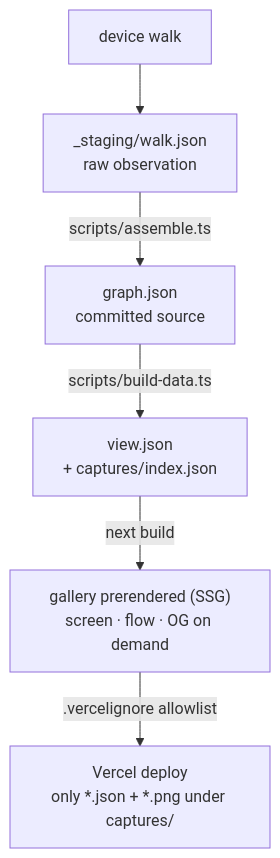
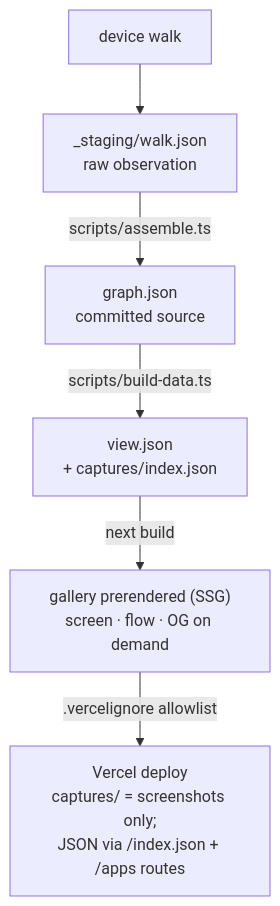
Before and after one commit to dalxds/wallets-gallery: the sixth of 7 diagrams in README.md, drawn with Mermaid. The commit also changed other lines of this file and 12 other files, not shown here.

First line of the commit message:
feat(data): publish capture JSON under app routes; /captures serves only screenshots

````diff
--- a/README.md
+++ b/README.md
@@ -466,8 +470,8 @@
 ```mermaid
 flowchart TD
   walk["device walk"] --> wj["_staging/walk.json<br/>raw observation"]
   wj -->|"scripts/assemble.ts"| g["graph.json<br/>committed source"]
   g -->|"scripts/build-data.ts"| v["view.json<br/>+ captures/index.json"]
   v -->|"next build"| pages["gallery prerendered (SSG)<br/>screen · flow · OG on demand"]
-  pages -->|".vercelignore allowlist"| deploy["Vercel deploy<br/>only *.json + *.png under captures/"]
+  pages -->|".vercelignore allowlist"| deploy["Vercel deploy<br/>captures/ = screenshots only;<br/>JSON via /index.json + /apps routes"]
 ```
````
